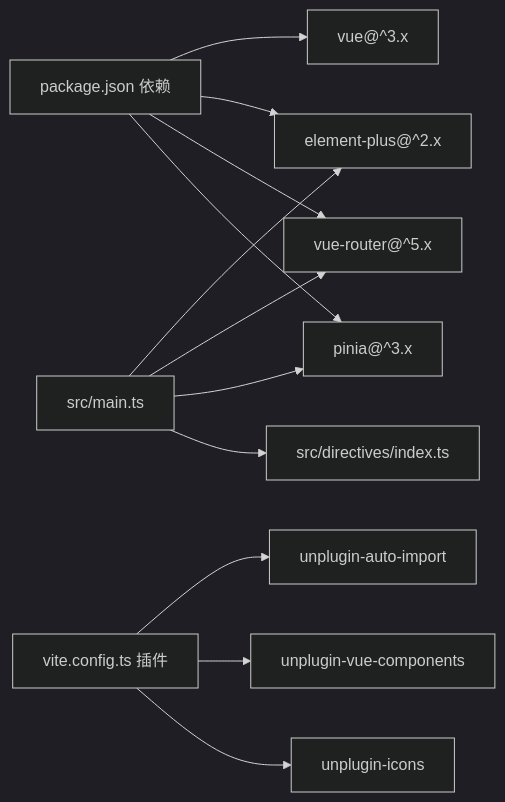
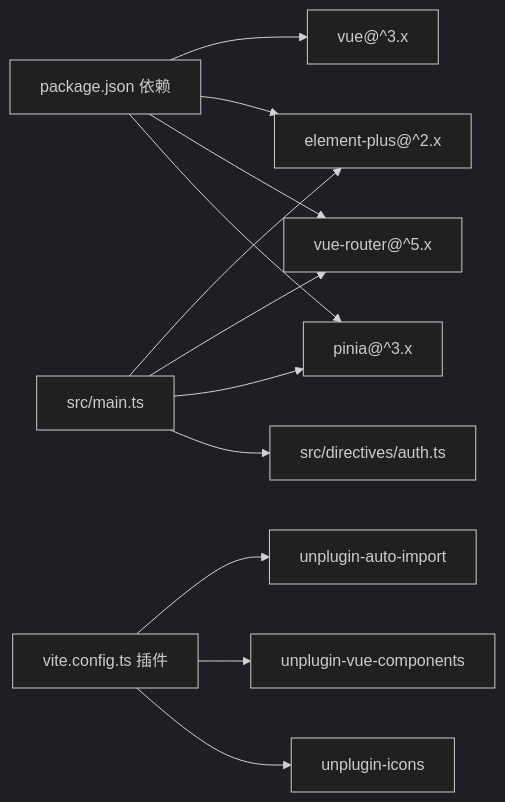
One commit to qiseyun/vue-ts-admin changed the third of 3 diagrams in .qoder/repowiki/zh/content/组件与工具库/通用组件.md. Above: the diagram before and after it, drawn with Mermaid (dark theme). The commit also changed other lines of this file and 42 other files, not shown here.

````diff
--- a/.qoder/repowiki/zh/content/组件与工具库/通用组件.md
+++ b/.qoder/repowiki/zh/content/组件与工具库/通用组件.md
@@ -212,14 +212,14 @@
 ```mermaid
 graph LR
 P["package.json 依赖"] --> VUE["vue@^3.x"]
 P --> EP["element-plus@^2.x"]
 P --> ROUTER["vue-router@^5.x"]
 P --> PINIA["pinia@^3.x"]
 VC["vite.config.ts 插件"] --> AUTO["unplugin-auto-import"]
 VC --> COMP["unplugin-vue-components"]
 VC --> ICONS["unplugin-icons"]
 MAIN["src/main.ts"] --> EP
 MAIN --> ROUTER
 MAIN --> PINIA
-MAIN --> DIR["src/directives/index.ts"]
+MAIN --> DIR["src/directives/auth.ts"]
 ```
````
